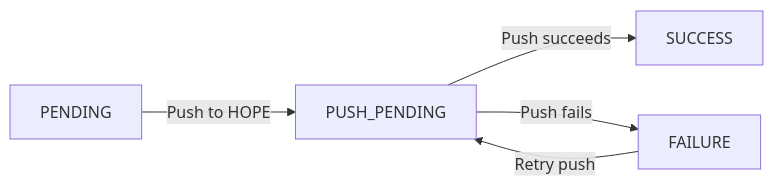
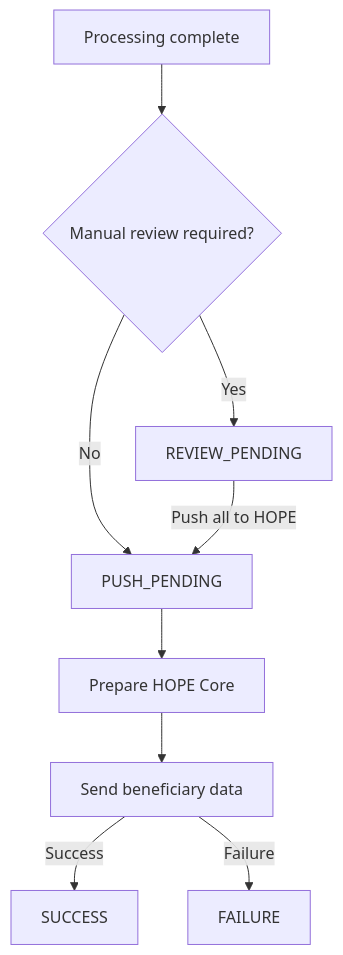
Before and after one commit to unicef/hope-country-workspace: the diagram in docs/src/rdp/push.md, drawn with Mermaid. The commit also changed other lines of this file and 131 other files, not shown here.

Commit message:
Add RDP biometric review flow and generic operations (#467)

````diff
--- a/docs/src/rdp/push.md
+++ b/docs/src/rdp/push.md
@@ -25,7 +13,11 @@
 ```mermaid
-flowchart LR
-    A[PENDING] -->|Push to HOPE| B[PUSH_PENDING]
-    C[FAILURE] -->|Retry push| B
-    B -->|Push succeeds| D[SUCCESS]
-    B -->|Push fails| C
+flowchart TD
+    A[Processing complete] --> B{Manual review required?}
+    B -->|No| C[PUSH_PENDING]
+    B -->|Yes| D[REVIEW_PENDING]
+    D -->|Push all to HOPE| C
+    C --> E[Prepare HOPE Core]
+    E --> F[Send beneficiary data]
+    F -->|Success| G[SUCCESS]
+    F -->|Failure| H[FAILURE]
 ```
````
